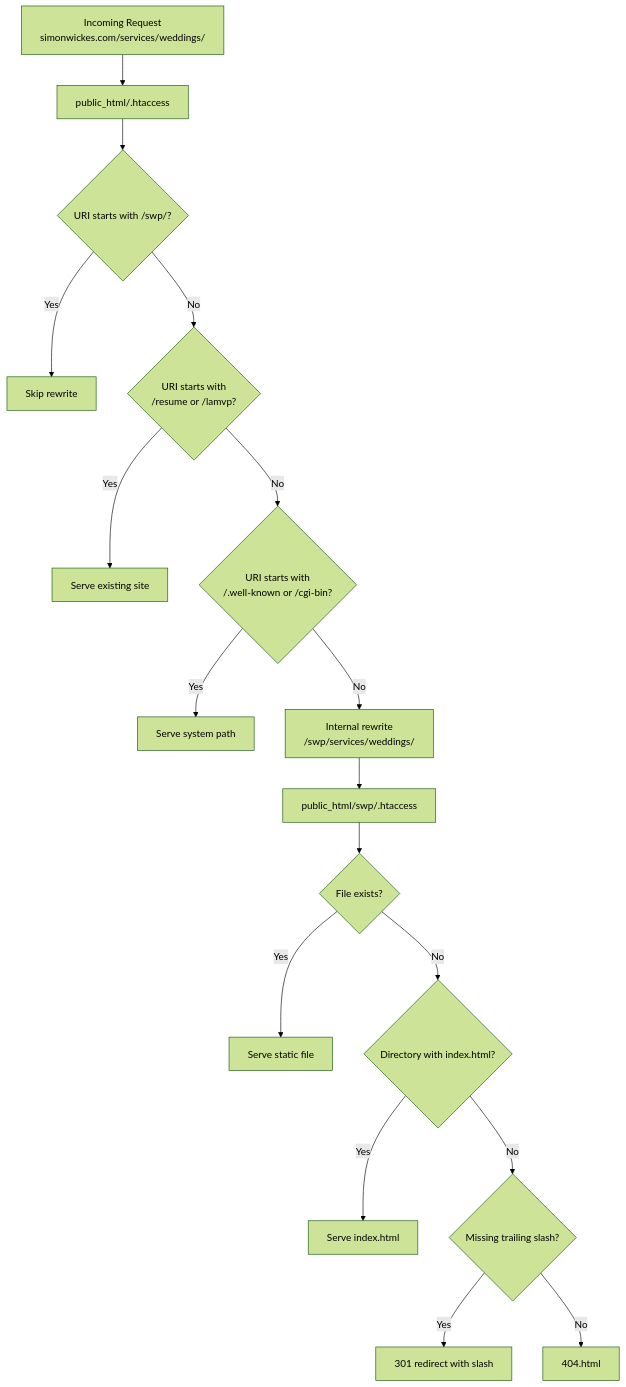
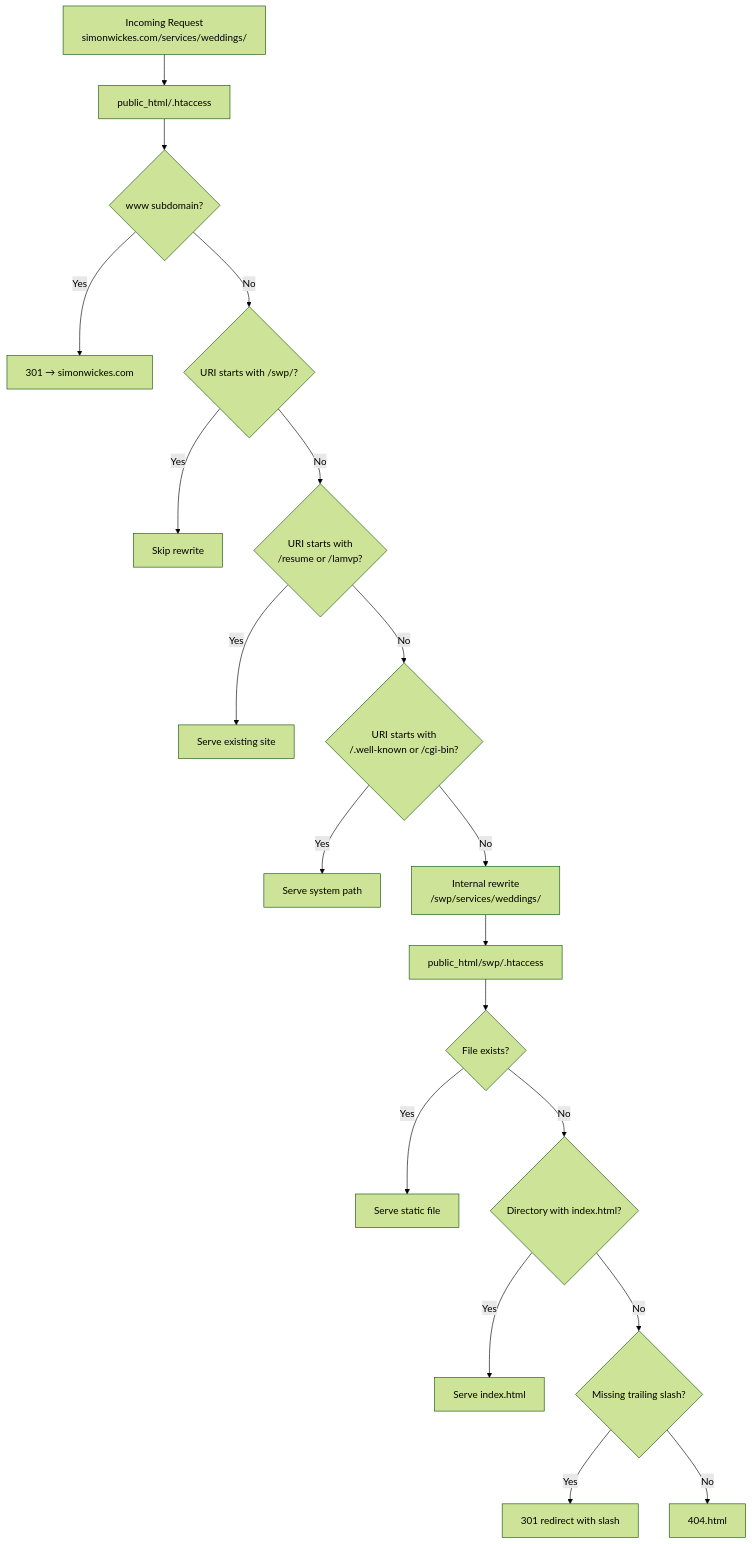
One commit to simonwickes/swp-site changed the eighth of 8 diagrams in docs/ARCHITECTURE.md. Above: the diagram before and after it, drawn with Mermaid (forest theme). The commit also changed other lines of this file and 19 other files, not shown here.

````diff
--- a/docs/ARCHITECTURE.md
+++ b/docs/ARCHITECTURE.md
@@ -366,29 +294,32 @@
 ```mermaid
 graph TD
     REQ["Incoming Request<br/>simonwickes.com/services/weddings/"]
 
     REQ --> ROOT_HT["public_html/.htaccess"]
 
-    ROOT_HT --> CHECK1{"URI starts with /swp/?"}
+    ROOT_HT --> CHECK_WWW{"www subdomain?"}
+    CHECK_WWW -->|Yes| REDIR_WWW["301 → simonwickes.com"]
+
+    CHECK_WWW -->|No| CHECK1{"URI starts with /swp/?"}
     CHECK1 -->|Yes| PASS1[Skip rewrite]
 
     CHECK1 -->|No| CHECK2{"URI starts with<br/>/resume or /lamvp?"}
     CHECK2 -->|Yes| EXISTING["Serve existing site"]
 
     CHECK2 -->|No| CHECK3{"URI starts with<br/>/.well-known or /cgi-bin?"}
     CHECK3 -->|Yes| SYSTEM["Serve system path"]
 
     CHECK3 -->|No| REWRITE["Internal rewrite<br/>/swp/services/weddings/"]
 
     REWRITE --> SWP_HT["public_html/swp/.htaccess"]
 
     SWP_HT --> CHECK4{"File exists?"}
     CHECK4 -->|Yes| SERVE["Serve static file"]
 
     CHECK4 -->|No| CHECK5{"Directory with index.html?"}
     CHECK5 -->|Yes| INDEX["Serve index.html"]
 
     CHECK5 -->|No| CHECK6{"Missing trailing slash?"}
     CHECK6 -->|Yes| REDIRECT["301 redirect with slash"]
     CHECK6 -->|No| ERR["404.html"]
 ```
````
